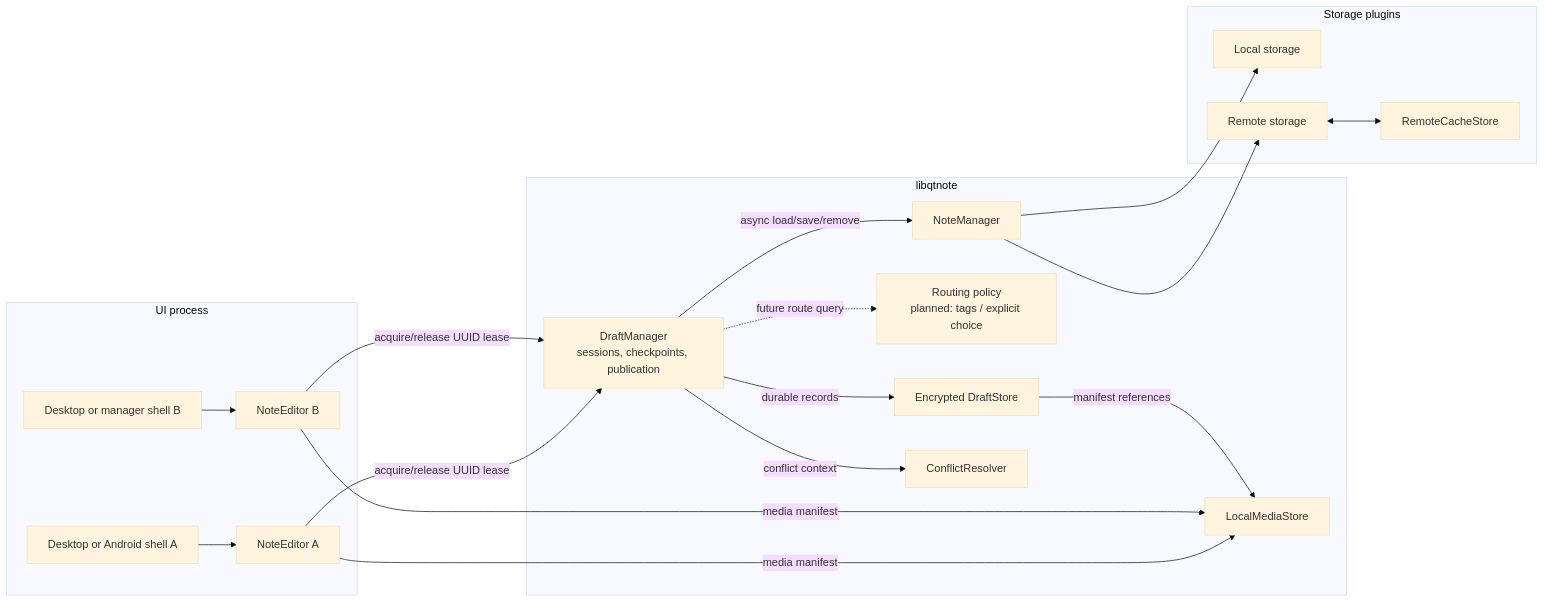
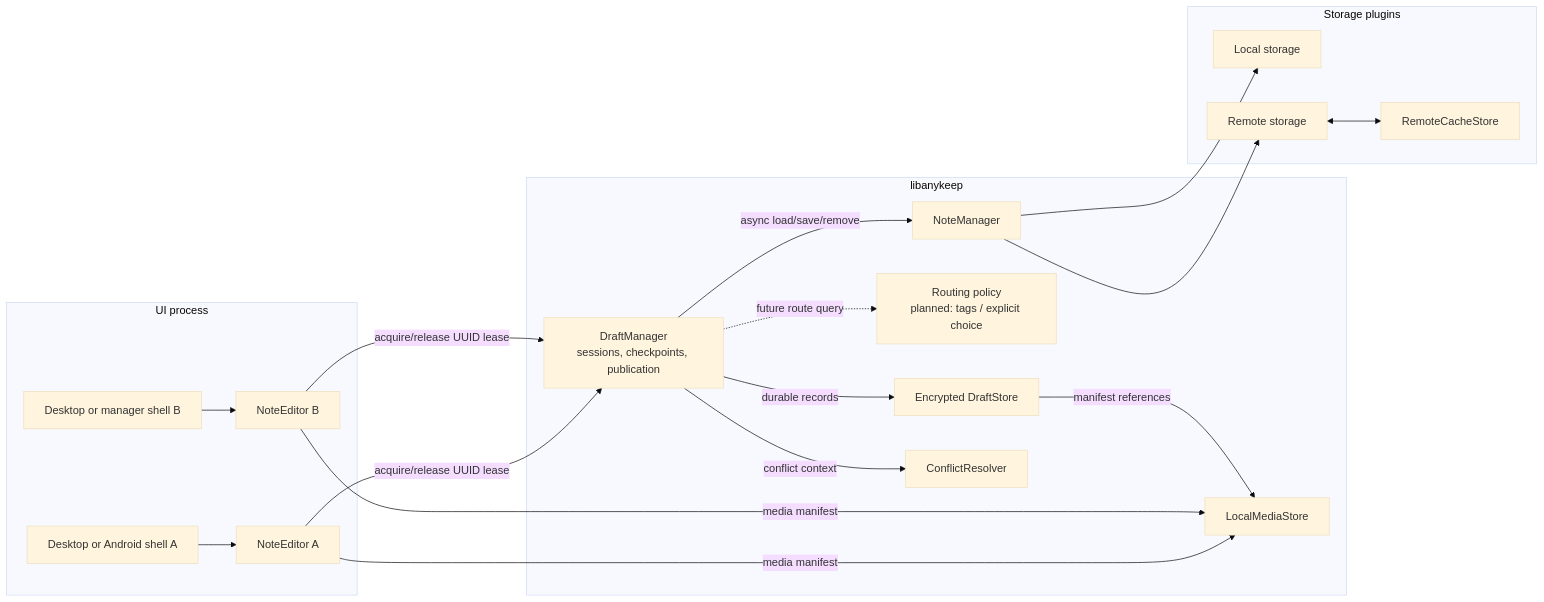
The first of 8 diagrams in docs/note-lifecycle-architecture.md (Ri0n/AnyKeep), drawn with Mermaid (base theme) before and after one commit. The commit also changed other lines of this file and 851 other files, not shown here.

````diff
--- a/docs/note-lifecycle-architecture.md
+++ b/docs/note-lifecycle-architecture.md
@@ -65,39 +65,39 @@
 ```mermaid
 flowchart LR
     subgraph UI["UI process"]
         S1["Desktop or Android shell A"]
         S2["Desktop or manager shell B"]
         E1["NoteEditor A"]
         E2["NoteEditor B"]
     end
 
-    subgraph Core["libqtnote"]
+    subgraph Core["libanykeep"]
         DM["DraftManager<br/>sessions, checkpoints, publication"]
         DS["Encrypted DraftStore"]
         ROUTE["Routing policy<br/>planned: tags / explicit choice"]
         MGR["NoteManager"]
         CR["ConflictResolver"]
         MEDIA["LocalMediaStore"]
     end
 
     subgraph Backends["Storage plugins"]
         LOCAL["Local storage"]
         REMOTE["Remote storage"]
         CACHE["RemoteCacheStore"]
     end
 
     S1 --> E1
     S2 --> E2
     E1 -->|"acquire/release UUID lease"| DM
     E2 -->|"acquire/release UUID lease"| DM
     E1 -->|"media manifest"| MEDIA
     E2 -->|"media manifest"| MEDIA
     DM -->|"durable records"| DS
     DM -.->|"future route query"| ROUTE
     DM -->|"async load/save/remove"| MGR
     DM -->|"conflict context"| CR
     MGR --> LOCAL
     MGR --> REMOTE
     REMOTE <--> CACHE
     DS -->|"manifest references"| MEDIA
 ```
````
